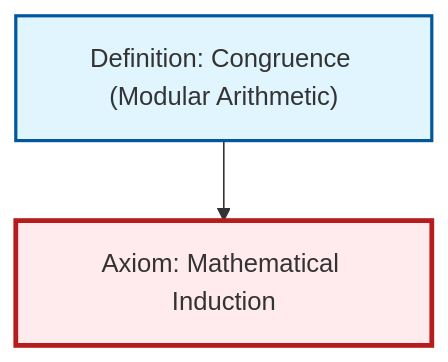
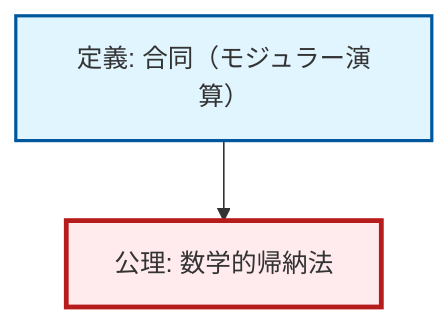
One commit to RK0429/ModernMath changed the diagram in content/ja/logic-set-theory/ax-induction.qmd. Above: the diagram before and after it, drawn with Mermaid. The commit also changed 1069 other files, not shown here.

````diff
--- a/content/ja/logic-set-theory/ax-induction.qmd
+++ b/content/ja/logic-set-theory/ax-induction.qmd
@@ -59,14 +59,14 @@
 ```{mermaid}
 %%| fig-cap: "Local dependency graph"
 graph TD
     classDef definition fill:#e1f5fe,stroke:#01579b,stroke-width:2px
     classDef theorem fill:#f3e5f5,stroke:#4a148c,stroke-width:2px
     classDef axiom fill:#fff3e0,stroke:#e65100,stroke-width:2px
     classDef example fill:#e8f5e9,stroke:#1b5e20,stroke-width:2px
     classDef current fill:#ffebee,stroke:#b71c1c,stroke-width:3px
-    ax-induction["Axiom: Mathematical Induction"]:::axiom
-    def-congruence["Definition: Congruence (Modular Arithmetic)"]:::definition
+    def-congruence["定義: 合同（モジュラー演算）"]:::definition
+    ax-induction["公理: 数学的帰納法"]:::axiom
     def-congruence --> ax-induction
     class ax-induction current
-    click def-congruence "def-congruence.html" "Definition: Congruence (Modular Arithmetic)へ"
+    click def-congruence "def-congruence.html" "合同（モジュラー演算）の定義へ"
 ```
````
